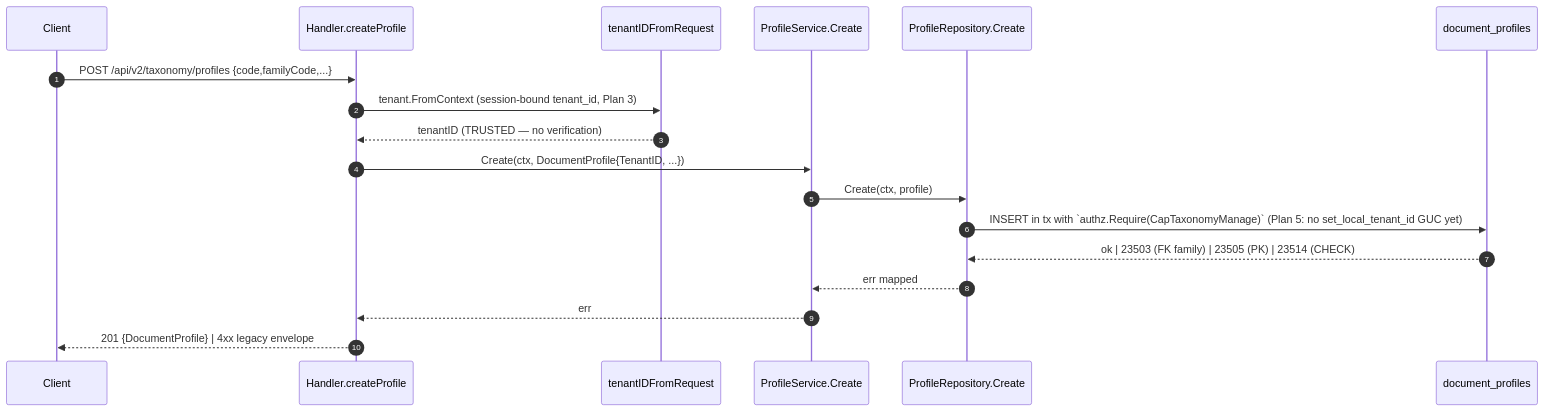
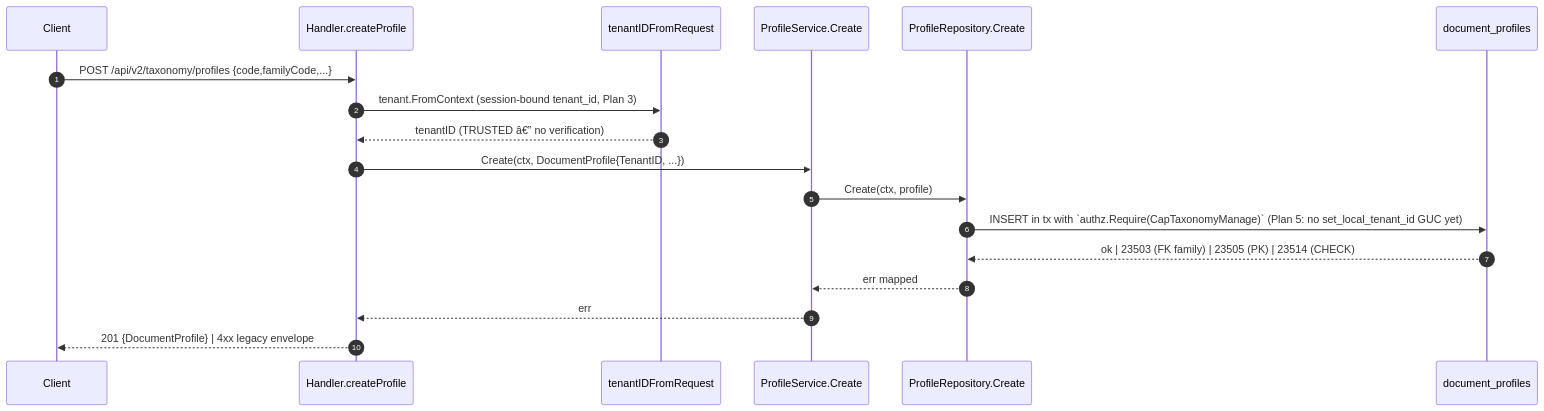
One commit to developmentconexus-ops/MetalDocs changed the fourth of 5 diagrams in wiki/modules/taxonomy.md. Above: the diagram before and after it, drawn with Mermaid. The commit also changed other lines of this file and 12 other files, not shown here.

````diff
--- a/wiki/modules/taxonomy.md
+++ b/wiki/modules/taxonomy.md
@@ -240,20 +240,20 @@
 ```mermaid
 sequenceDiagram
     autonumber
     participant C as Client
     participant H as Handler.createProfile
     participant T as tenantIDFromRequest
     participant S as ProfileService.Create
     participant R as ProfileRepository.Create
     participant DB as document_profiles
     C->>H: POST /api/v2/taxonomy/profiles {code,familyCode,...}
     H->>T: tenant.FromContext (session-bound tenant_id, Plan 3)
-    T-->>H: tenantID (TRUSTED — no verification)
+    T-->>H: tenantID (TRUSTED â€” no verification)
     H->>S: Create(ctx, DocumentProfile{TenantID, ...})
     S->>R: Create(ctx, profile)
     R->>DB: INSERT in tx with `authz.Require(CapTaxonomyManage)` (Plan 5: no set_local_tenant_id GUC yet)
     DB-->>R: ok | 23503 (FK family) | 23505 (PK) | 23514 (CHECK)
     R-->>S: err mapped
     S-->>H: err
     H-->>C: 201 {DocumentProfile} | 4xx legacy envelope
 ```
````
